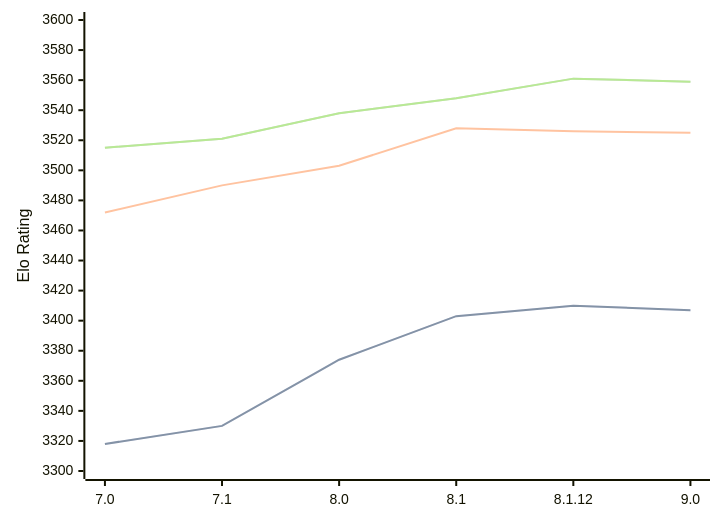
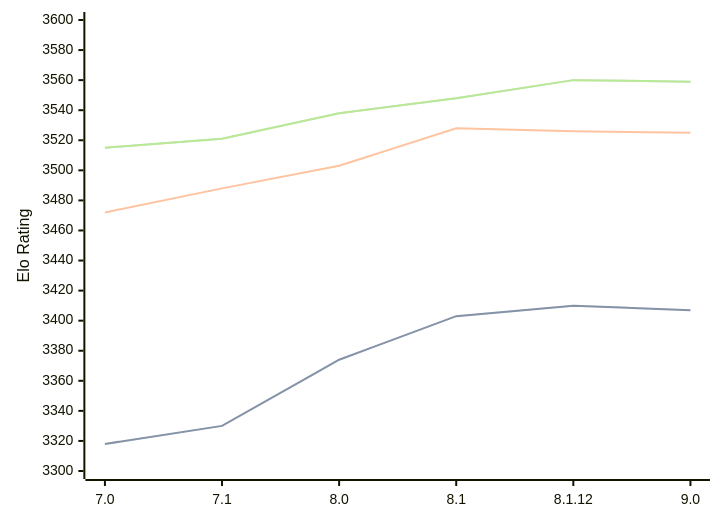
Before and after one commit to computer-chess-index/cci: the diagram in engines/Alexandria.md, drawn with Mermaid. The commit also changed other lines of this file, not shown here.

Commit message:
Update CCI Ratings (ELO VLTC) - 2026-06-09

````diff
--- a/engines/Alexandria.md
+++ b/engines/Alexandria.md
@@ -55,11 +55,11 @@
 ```mermaid
 %%{init: {"theme":"base","themeVariables":{"seriesColors:['#a3a3a3','#222221','#faa371']}}}%%
 xychart-beta
   x-axis ["7.0", "7.1", "8.0", "8.1", "8.1.12", "9.0"]
   y-axis "Elo Rating" 3300 --> 3600
   line "STC (8.0+0.08s)" [3318, 3330, 3374, 3403, 3410, 3407]
   line "STC (8.0+0.08s)" [3318, 3330, 3374, 3403, 3410, 3407]
-  line "LTC (60.0+0.60s)" [3472, 3490, 3503, 3528, 3526, 3525]
-  line "VLTC (2m24s+1.12s)" [3515, 3521, 3538, 3548, 3561, 3559]
-  line "VLTC (2m24s+1.12s)" [3515, 3521, 3538, 3548, 3561, 3559]
+  line "LTC (60.0+0.60s)" [3472, 3488, 3503, 3528, 3526, 3525]
+  line "VLTC (2m24s+1.12s)" [3515, 3521, 3538, 3548, 3560, 3559]
+  line "VLTC (2m24s+1.12s)" [3515, 3521, 3538, 3548, 3560, 3559]
 ```
````
